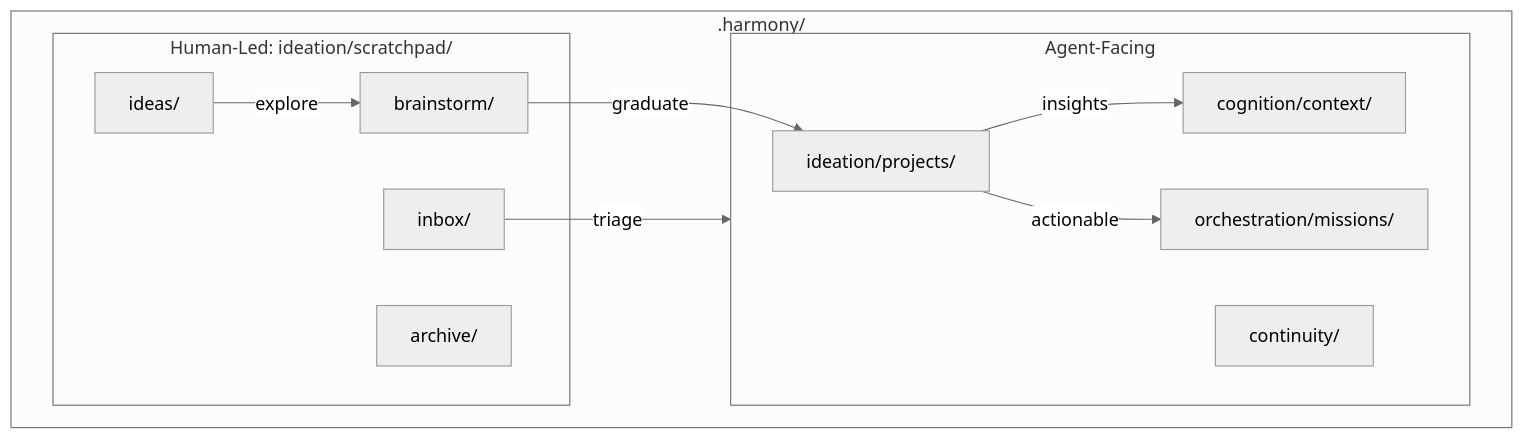
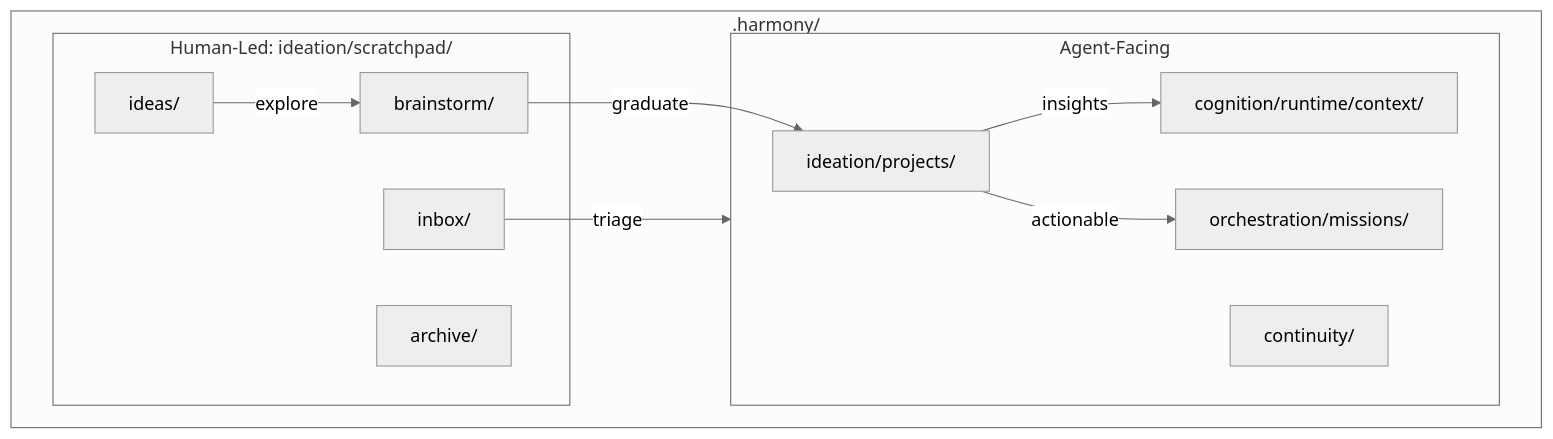
The third of 3 diagrams in .harmony/ideation/_meta/architecture/scratchpad.md (jamesryancooper/octon), drawn with Mermaid (neutral theme) before and after one commit. The commit also changed 353 other files, not shown here.

````diff
--- a/.harmony/ideation/_meta/architecture/scratchpad.md
+++ b/.harmony/ideation/_meta/architecture/scratchpad.md
@@ -242,24 +242,24 @@
 ```mermaid
 graph TB
     subgraph harness_root [.harmony/]
         subgraph agent_facing [Agent-Facing]
             projects[ideation/projects/]
-            context[cognition/context/]
+            context[cognition/runtime/context/]
             progress[continuity/]
             missions[orchestration/missions/]
         end
 
         subgraph human_led [Human-Led: ideation/scratchpad/]
             brainstorm[brainstorm/]
             ideas[ideas/]
             inbox[inbox/]
             archive[archive/]
         end
     end
 
     ideas -->|explore| brainstorm
     brainstorm -->|graduate| projects
     projects -->|insights| context
     projects -->|actionable| missions
     inbox -->|triage| agent_facing
 ```
````
